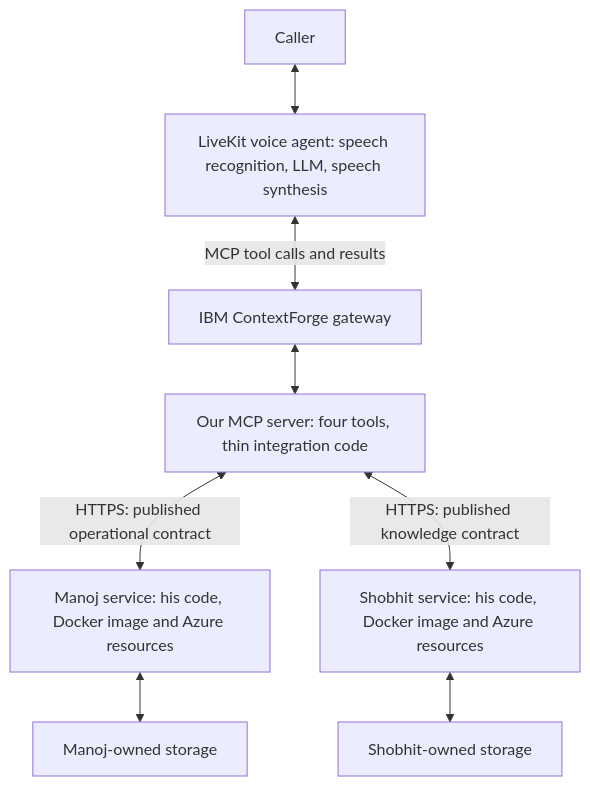
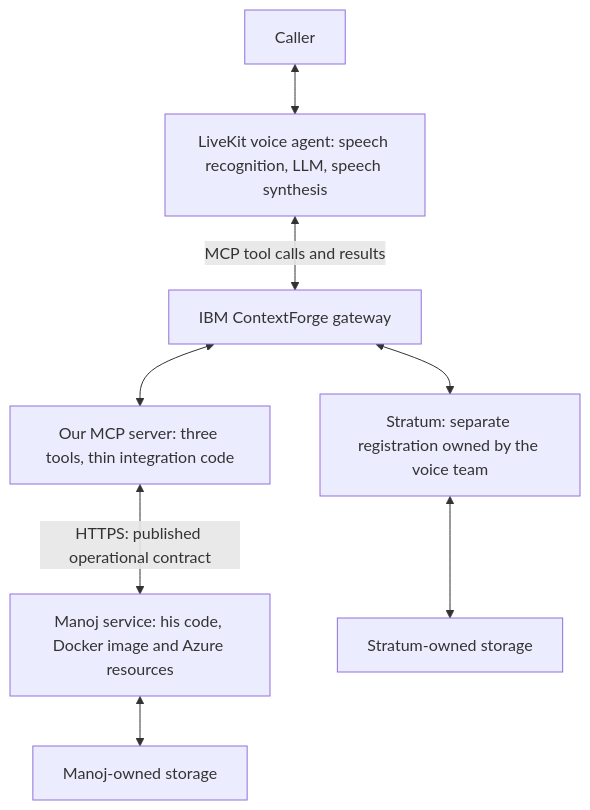
One commit to Garry2012/healthcare-tools changed the diagram in docs/handover/mcp-only/TARGET-STATE.md. Above: the diagram before and after it, drawn with Mermaid. The commit also changed other lines of this file and 111 other files, not shown here.

````diff
--- a/docs/handover/mcp-only/TARGET-STATE.md
+++ b/docs/handover/mcp-only/TARGET-STATE.md
@@ -9,10 +9,10 @@
 ```mermaid
 flowchart TB
   P[Caller] <--> V[LiveKit voice agent: speech recognition, LLM, speech synthesis]
   V <-->|MCP tool calls and results| G[IBM ContextForge gateway]
-  G <--> M[Our MCP server: four tools, thin integration code]
+  G <--> M[Our MCP server: three tools, thin integration code]
   M <-->|HTTPS: published operational contract| O[Manoj service: his code, Docker image and Azure resources]
-  M <-->|HTTPS: published knowledge contract| K[Shobhit service: his code, Docker image and Azure resources]
+  G <--> K[Stratum: separate registration owned by the voice team]
   O <--> OD[Manoj-owned storage]
-  K <--> KD[Shobhit-owned storage]
+  K <--> KD[Stratum-owned storage]
 ```
````
